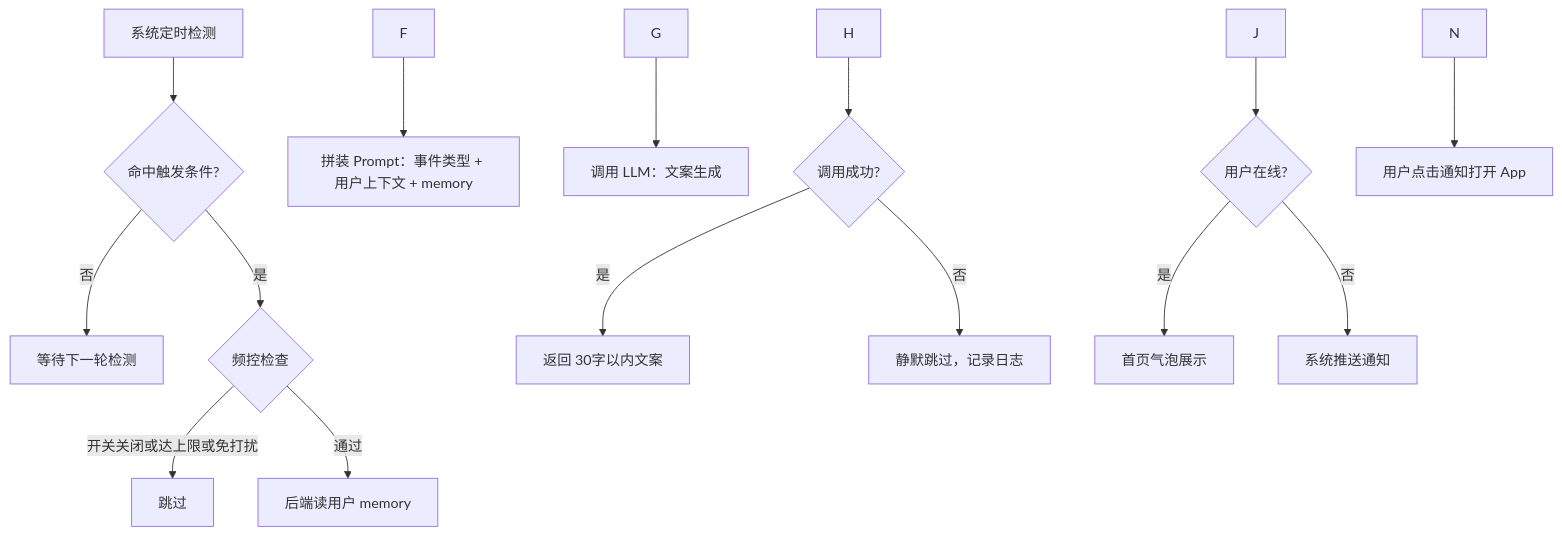
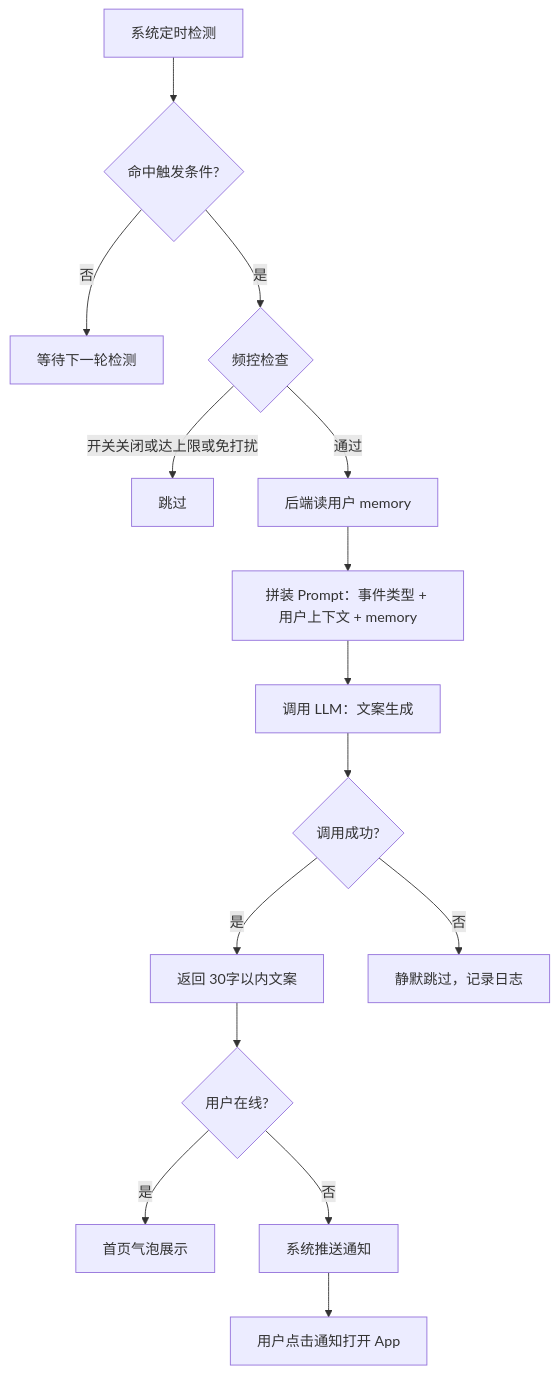
The ninth of 10 diagrams in docs/食光记-PRD-最终版.md (BB-BOO/shiguangji), drawn with Mermaid before and after one commit. The commit also changed other lines of this file and 3 other files, not shown here.

````diff
--- a/docs/食光记-PRD-最终版.md
+++ b/docs/食光记-PRD-最终版.md
@@ -585,17 +585,17 @@
 ```mermaid
 flowchart TD
-    A\[系统定时检测] --> B{命中触发条件?}
-    B -->|否| C\[等待下一轮检测]
+    A[系统定时检测] --> B{命中触发条件?}
+    B -->|否| C[等待下一轮检测]
     B -->|是| D{频控检查}
-    D -->|开关关闭或达上限或免打扰| E\[跳过]
-    D -->|通过| F\[后端读用户 memory]
-    F --> G\[拼装 Prompt：事件类型 + 用户上下文 + memory]
-    G --> H\[调用 LLM：文案生成]
+    D -->|开关关闭或达上限或免打扰| E[跳过]
+    D -->|通过| F[后端读用户 memory]
+    F --> G[拼装 Prompt：事件类型 + 用户上下文 + memory]
+    G --> H[调用 LLM：文案生成]
     H --> I{调用成功?}
-    I -->|是| J\[返回 30字以内文案]
-    I -->|否| K\[静默跳过，记录日志]
+    I -->|是| J[返回 30字以内文案]
+    I -->|否| K[静默跳过，记录日志]
     J --> L{用户在线?}
-    L -->|是| M\[首页气泡展示]
-    L -->|否| N\[系统推送通知]
-    N --> O\[用户点击通知打开 App]
+    L -->|是| M[首页气泡展示]
+    L -->|否| N[系统推送通知]
+    N --> O[用户点击通知打开 App]
 ```
````
